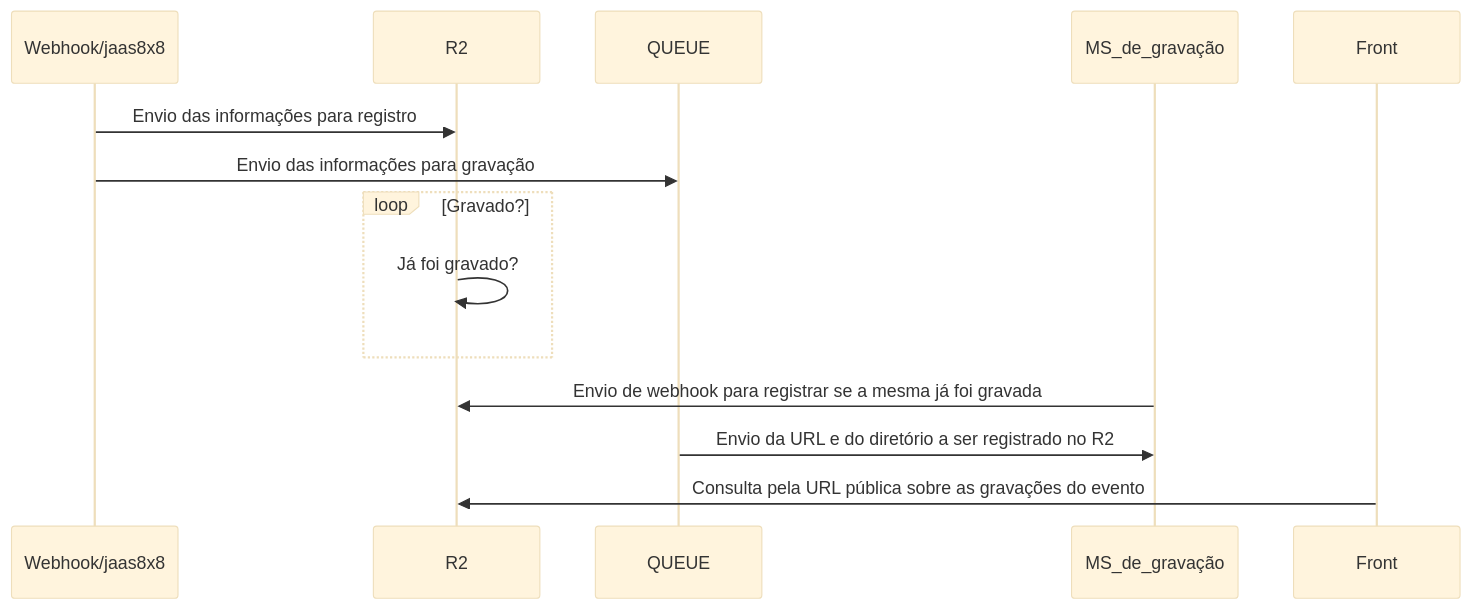
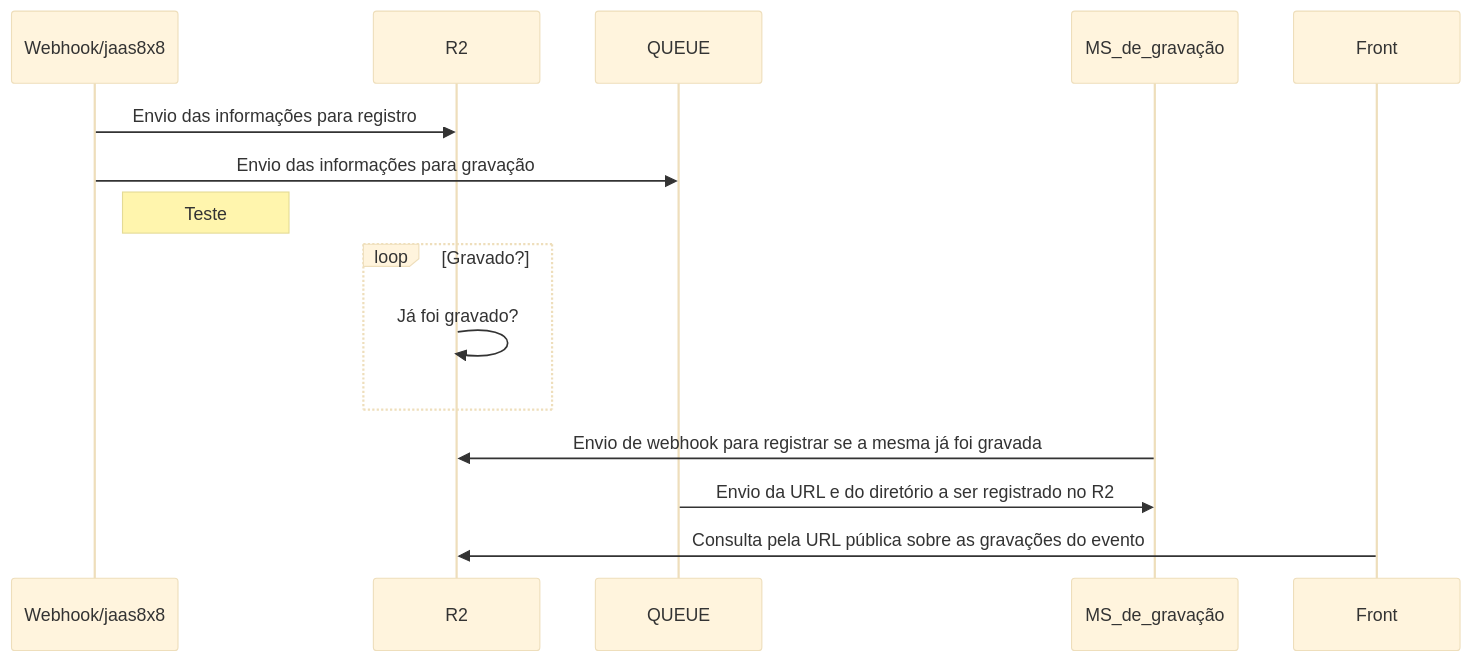
Before and after one commit to rafaelvr14/supabaseExample: the diagram in README.md, drawn with Mermaid (base theme).

````diff
--- a/README.md
+++ b/README.md
@@ -1,11 +1,12 @@
 ```mermaid
 sequenceDiagram
 Webhook/jaas8x8->>R2: Envio das informações para registro
 Webhook/jaas8x8->>QUEUE: Envio das informações para gravação
+Note right of Webhook/jaas8x8: Teste
 loop Gravado?
 R2->>R2: Já foi gravado?
 end
 MS_de_gravação->>R2: Envio de webhook para registrar se a mesma já foi gravada
 QUEUE->>MS_de_gravação: Envio da URL e do diretório a ser registrado no R2
 Front->>R2: Consulta pela URL pública sobre as gravações do evento
 ```
````
